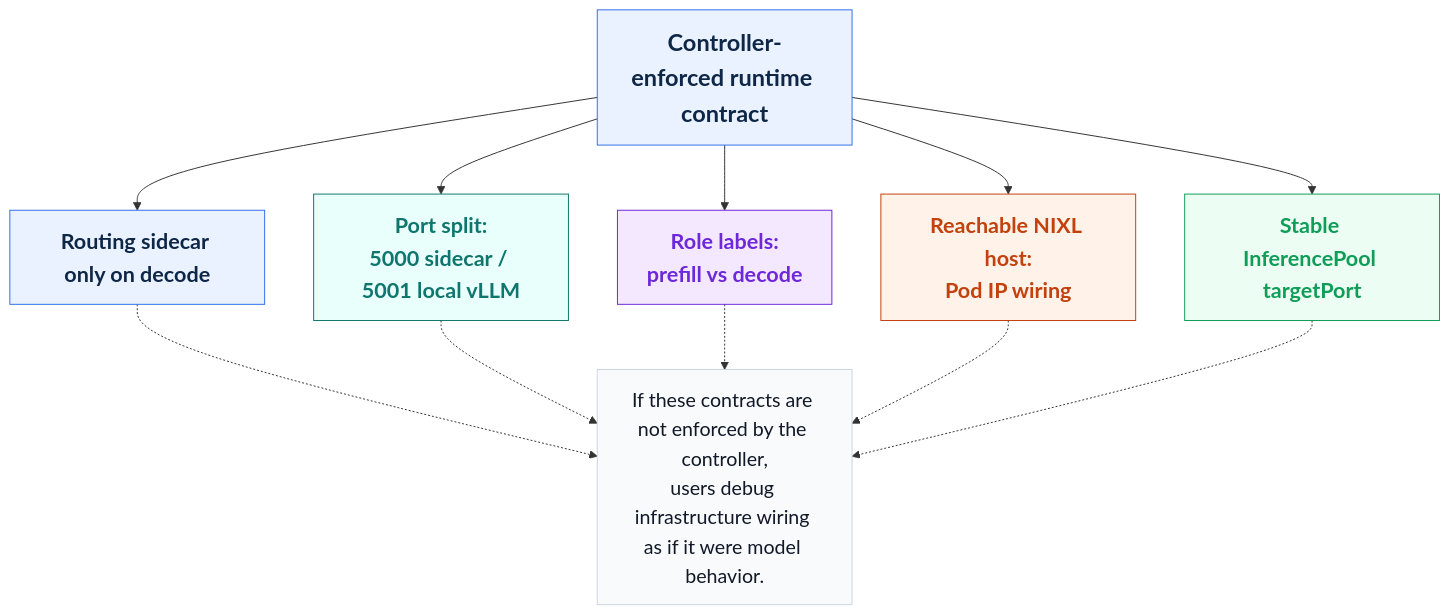
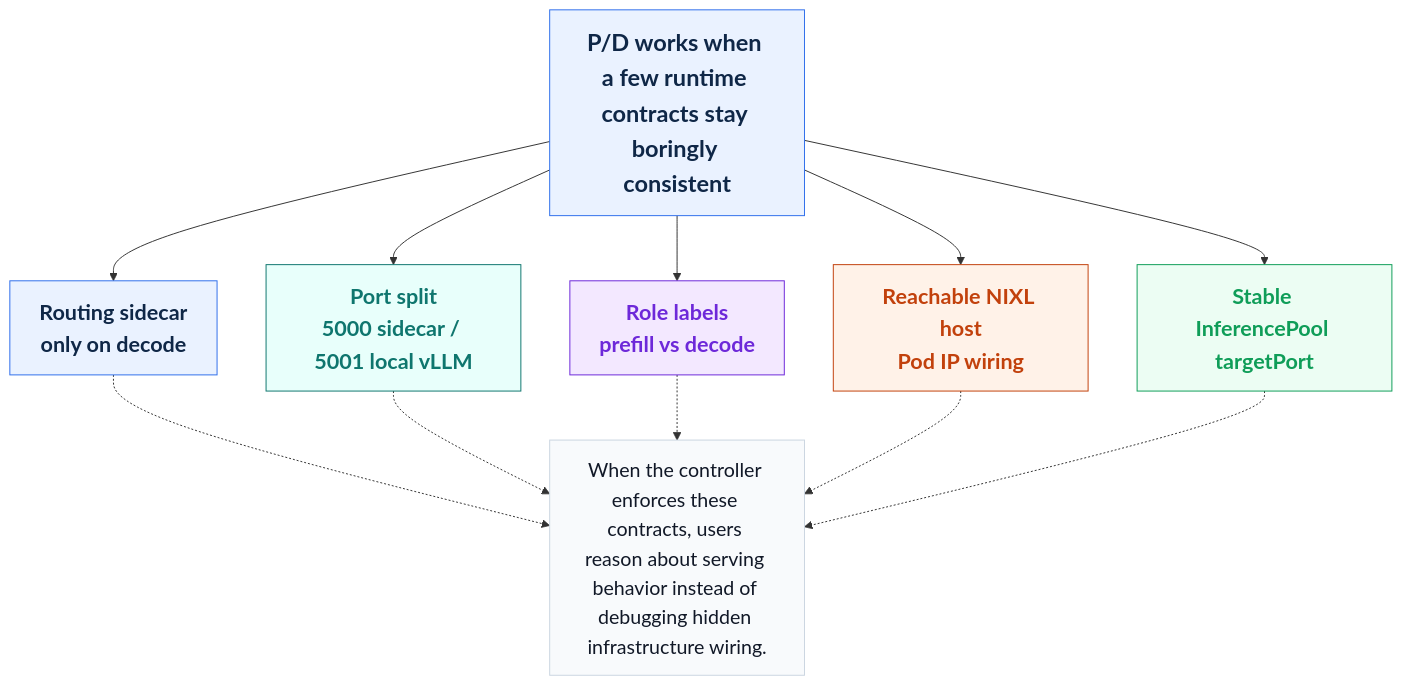
Before and after one commit to andyzhangx/demo: the diagram in llm/kaito-llm-d-pd-slides-assets/mermaid/slide-09-runtime-contracts.mmd, drawn with Mermaid. The commit also changed 10 other files, not shown here.

Commit message:
docs: refine presentation style for pd mermaid slides

```diff
--- a/llm/kaito-llm-d-pd-slides-assets/mermaid/slide-09-runtime-contracts.mmd
+++ b/llm/kaito-llm-d-pd-slides-assets/mermaid/slide-09-runtime-contracts.mmd
@@ -1,35 +1,35 @@
 flowchart TB
-%% pos CONTRACT 690 60 820 110
-%% pos SIDE 100 260 420 120
-%% pos PORTS 560 260 500 120
-%% pos LABELS 1100 260 420 120
-%% pos KVHOST 370 450 500 120
-%% pos TARGET 960 450 540 120
-%% pos EFFECT 470 700 1260 150
+%% pos HEAD 610 70 980 90
+%% pos SIDE 130 270 420 120
+%% pos PORTS 610 270 420 120
+%% pos LABELS 1090 270 420 120
+%% pos KVHOST 370 500 420 120
+%% pos TARGET 850 500 520 120
+%% pos EFFECT 470 780 1260 135
 
-CONTRACT["Controller-enforced runtime contract"]:::primary
-SIDE["Routing sidecar only on decode"]:::decode
-PORTS["Port split:<br/>5000 sidecar / 5001 local vLLM"]:::teal
-LABELS["Role labels:<br/>prefill vs decode"]:::prefill
-KVHOST["Reachable NIXL host:<br/>Pod IP wiring"]:::orange
+HEAD["P/D works when a few runtime contracts stay boringly consistent"]:::primary
+SIDE["Routing sidecar<br/>only on decode"]:::decode
+PORTS["Port split<br/>5000 sidecar / 5001 local vLLM"]:::teal
+LABELS["Role labels<br/>prefill vs decode"]:::prefill
+KVHOST["Reachable NIXL host<br/>Pod IP wiring"]:::orange
 TARGET["Stable InferencePool targetPort"]:::green
-EFFECT["If these contracts are not enforced by the controller,<br/>users debug infrastructure wiring as if it were model behavior."]:::note
+EFFECT["When the controller enforces these contracts, users reason about serving behavior instead of debugging hidden infrastructure wiring."]:::note
 
-CONTRACT --> SIDE
-CONTRACT --> PORTS
-CONTRACT --> LABELS
-CONTRACT --> KVHOST
-CONTRACT --> TARGET
+HEAD --> SIDE
+HEAD --> PORTS
+HEAD --> LABELS
+HEAD --> KVHOST
+HEAD --> TARGET
 SIDE -.-> EFFECT
 PORTS -.-> EFFECT
 LABELS -.-> EFFECT
 KVHOST -.-> EFFECT
 TARGET -.-> EFFECT
 
 classDef primary fill:#EAF2FF,stroke:#2F6FEB,color:#0F2747,font-size:24px,font-weight:bold
 classDef prefill fill:#F3E8FF,stroke:#6D28D9,color:#6D28D9,font-size:22px,font-weight:bold
 classDef decode fill:#EAF2FF,stroke:#2F6FEB,color:#0F2747,font-size:22px,font-weight:bold
 classDef teal fill:#E8FFFB,stroke:#0F766E,color:#0F766E,font-size:22px,font-weight:bold
 classDef orange fill:#FFF2E8,stroke:#C2410C,color:#C2410C,font-size:22px,font-weight:bold
 classDef green fill:#ECFDF3,stroke:#0F9D58,color:#0F9D58,font-size:22px,font-weight:bold
 classDef note fill:#F8FAFC,stroke:#CBD5E1,color:#111827,font-size:20px
```
